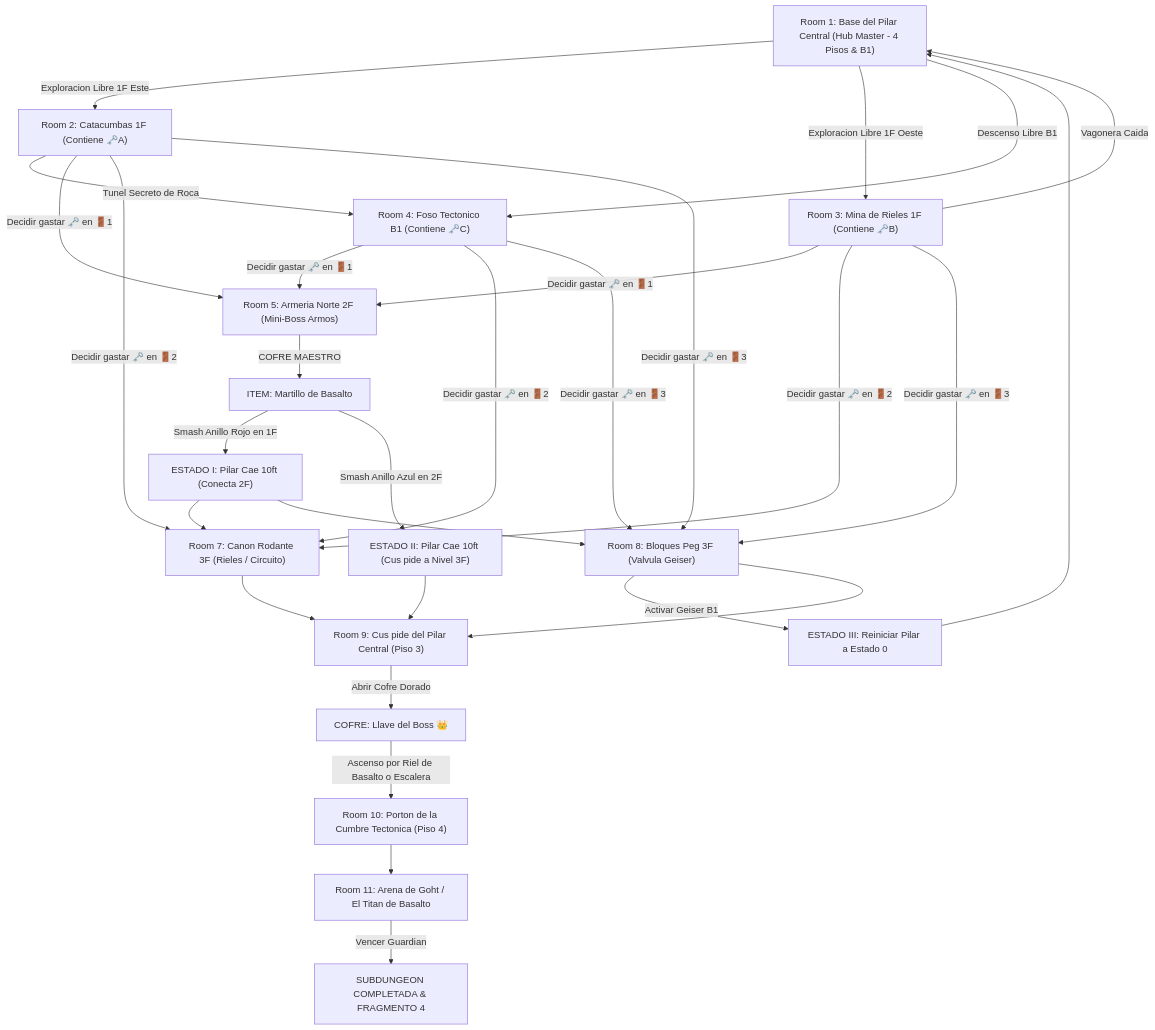
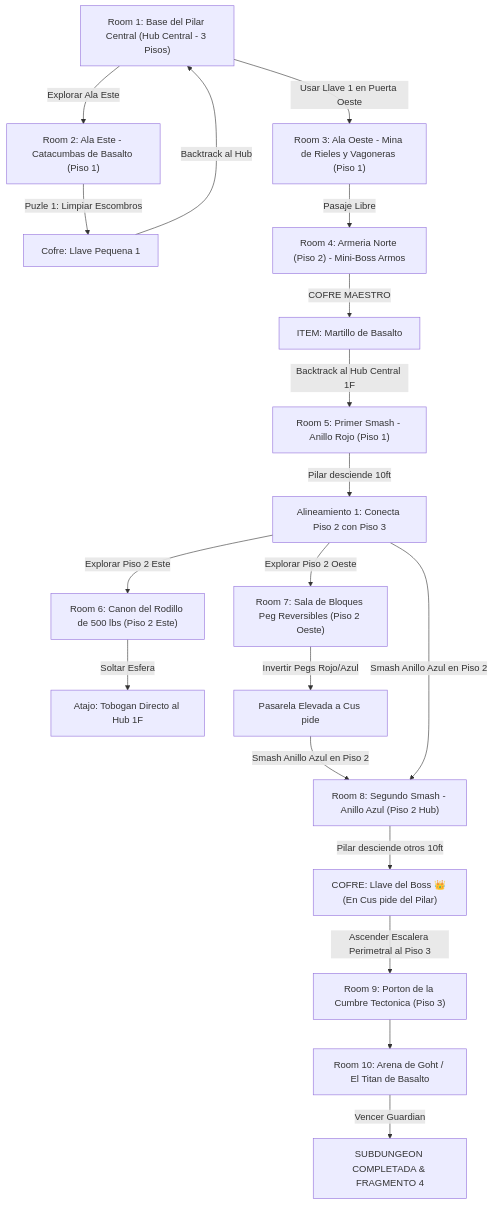
The diagram in 7 - DM/OneShots/ARepeat/Subdungeons/04_Subdungeon_Tierra_Dominio.md (linkmati/ShivathLyss), drawn with Mermaid before and after one commit. The commit also changed other lines of this file and 1 other file, not shown here.

````diff
--- a/7 - DM/OneShots/ARepeat/Subdungeons/04_Subdungeon_Tierra_Dominio.md
+++ b/7 - DM/OneShots/ARepeat/Subdungeons/04_Subdungeon_Tierra_Dominio.md
@@ -44,31 +15,26 @@
 ```mermaid
 graph TD
-    S1["Room 1: Base del Pilar Central (Hub Master - 4 Pisos & B1)"] -->|Exploracion Libre 1F Este| S2["Room 2: Catacumbas 1F (Contiene 🗝️A)"]
-    S1 -->|Exploracion Libre 1F Oeste| S3["Room 3: Mina de Rieles 1F (Contiene 🗝️B)"]
-    S1 -->|Descenso Libre B1| S4["Room 4: Foso Tectonico B1 (Contiene 🗝️C)"]
+    S1["Room 1: Base del Pilar Central (Hub Central - 3 Pisos)"] -->|Explorar Ala Este| S2["Room 2: Ala Este - Catacumbas de Basalto (Piso 1)"]
+    S2 -->|Puzle 1: Limpiar Escombros| S2_Key["Cofre: Llave Pequena 1"]
+    S2_Key -->|Backtrack al Hub| S1
     
-    S2 -->|Tunel Secreto de Roca| S4
-    S3 -->|Vagonera Caida| S1
+    S1 -->|Usar Llave 1 en Puerta Oeste| S3["Room 3: Ala Oeste - Mina de Rieles y Vagoneras (Piso 1)"]
+    S3 -->|Pasaje Libre| S4["Room 4: Armeria Norte (Piso 2) - Mini-Boss Armos"]
+    S4 -->|COFRE MAESTRO| Item["ITEM: Martillo de Basalto"]
     
-    S2 & S3 & S4 -->|Decidir gastar 🗝️ en 🚪1| S5["Room 5: Armeria Norte 2F (Mini-Boss Armos)"]
-    S2 & S3 & S4 -->|Decidir gastar 🗝️ en 🚪2| S7["Room 7: Canon Rodante 3F (Rieles / Circuito)"]
-    S2 & S3 & S4 -->|Decidir gastar 🗝️ en 🚪3| S8["Room 8: Bloques Peg 3F (Valvula Geiser)"]
+    Item -->|Backtrack al Hub Central 1F| S5["Room 5: Primer Smash - Anillo Rojo (Piso 1)"]
+    S5 -->|Pilar desciende 10ft| S5_Align["Alineamiento 1: Conecta Piso 2 con Piso 3"]
     
-    S5 -->|COFRE MAESTRO| Item["ITEM: Martillo de Basalto"]
+    S5_Align -->|Explorar Piso 2 Este| S6["Room 6: Canon del Rodillo de 500 lbs (Piso 2 Este)"]
+    S6 -->|Soltar Esfera| Shortcut1["Atajo: Tobogan Directo al Hub 1F"]
     
-    Item -->|Smash Anillo Rojo en 1F| P_State1["ESTADO I: Pilar Cae 10ft (Conecta 2F)"]
-    Item -->|Smash Anillo Azul en 2F| P_State2["ESTADO II: Pilar Cae 10ft (Cus pide a Nivel 3F)"]
+    S5_Align -->|Explorar Piso 2 Oeste| S7["Room 7: Sala de Bloques Peg Reversibles (Piso 2 Oeste)"]
+    S7 -->|Invertir Pegs Rojo/Azul| Bridge1["Pasarela Elevada a Cus pide"]
     
-    P_State1 --> S7
-    P_State1 --> S8
+    Bridge1 & S5_Align -->|Smash Anillo Azul en Piso 2| S8["Room 8: Segundo Smash - Anillo Azul (Piso 2 Hub)"]
+    S8 -->|Pilar desciende otros 10ft| BossKey["COFRE: Llave del Boss 👑 (En Cus pide del Pilar)"]
     
-    S8 -->|Activar Geiser B1| P_Reset["ESTADO III: Reiniciar Pilar a Estado 0"]
-    P_Reset --> S1
-    
-    P_State2 & S7 & S8 --> S9["Room 9: Cus pide del Pilar Central (Piso 3)"]
-    S9 -->|Abrir Cofre Dorado| BossKey["COFRE: Llave del Boss 👑"]
-    
-    BossKey -->|Ascenso por Riel de Basalto o Escalera| S10["Room 10: Porton de la Cumbre Tectonica (Piso 4)"]
-    S10 --> S11["Room 11: Arena de Goht / El Titan de Basalto"]
-    S11 -->|Vencer Guardian| Win["SUBDUNGEON COMPLETADA & FRAGMENTO 4"]
+    BossKey -->|Ascender Escalera Perimetral al Piso 3| S9["Room 9: Porton de la Cumbre Tectonica (Piso 3)"]
+    S9 --> S10["Room 10: Arena de Goht / El Titan de Basalto"]
+    S10 -->|Vencer Guardian| Win["SUBDUNGEON COMPLETADA & FRAGMENTO 4"]
 ```
````
